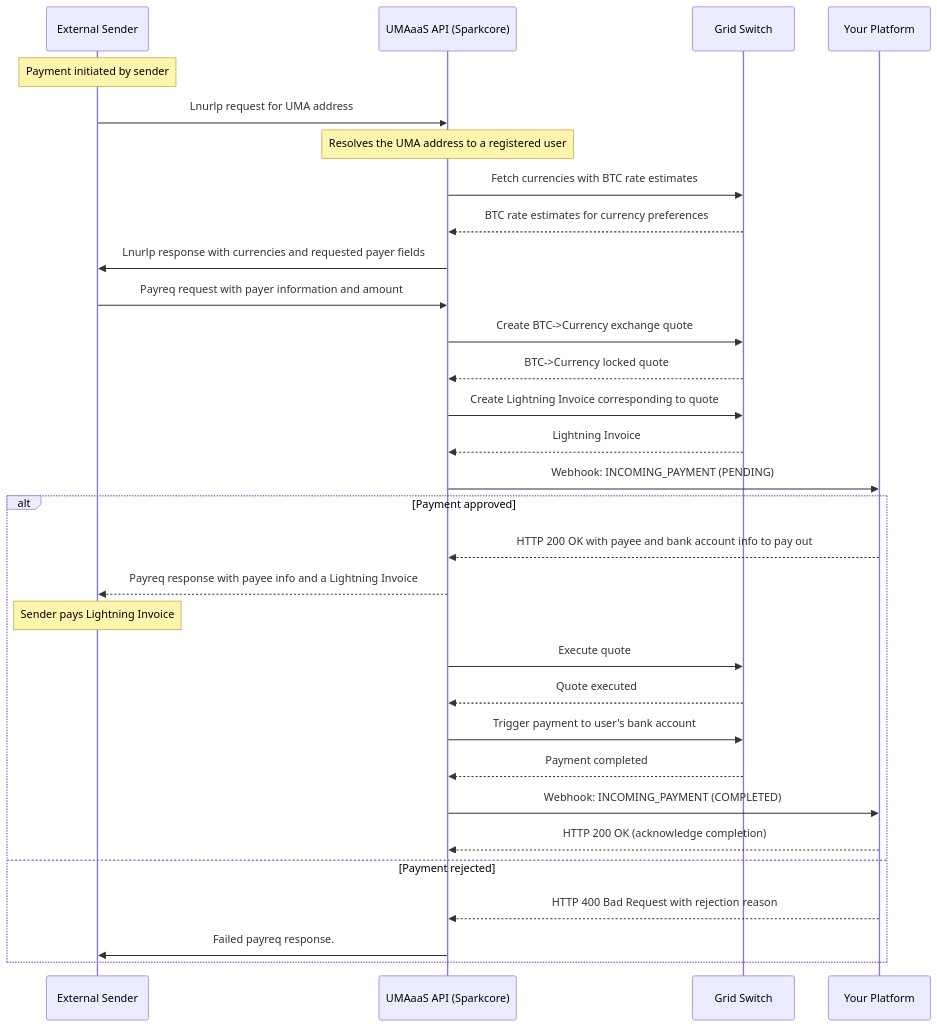
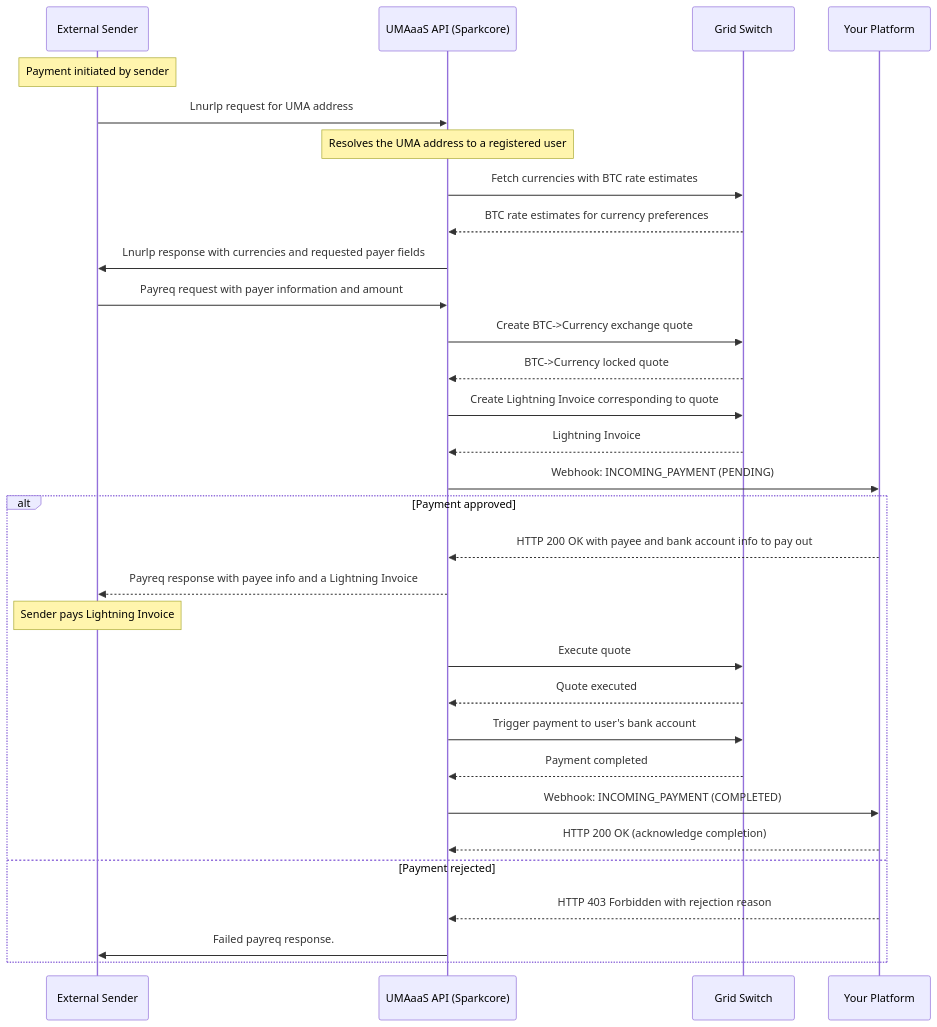
One commit to lightsparkdev/umaaas-api changed the first of 2 diagrams in docusaurus-docs/src/pages/detailed-flows.md. Above: the diagram before and after it, drawn with Mermaid. The commit also changed 2 other files, not shown here.

Commit message:
Fix guides 403 for rejecting incoming payments (#175)

````diff
--- a/docusaurus-docs/src/pages/detailed-flows.md
+++ b/docusaurus-docs/src/pages/detailed-flows.md
@@ -7,35 +7,35 @@
 ```mermaid
 sequenceDiagram
     participant Sender as External Sender
     participant UMAaaS as UMAaaS API (Sparkcore)
     participant GridSwitch as Grid Switch
     participant Client as Your Platform
     
     Note over Sender: Payment initiated by sender
     Sender->>UMAaaS: Lnurlp request for UMA address
     Note over UMAaaS: Resolves the UMA address to a registered user
     UMAaaS->>GridSwitch: Fetch currencies with BTC rate estimates
     GridSwitch-->>UMAaaS: BTC rate estimates for currency preferences
     UMAaaS->>Sender: Lnurlp response with currencies and requested payer fields
     Sender->>UMAaaS: Payreq request with payer information and amount
     UMAaaS->>GridSwitch: Create BTC->Currency exchange quote
     GridSwitch-->>UMAaaS: BTC->Currency locked quote
     UMAaaS->>GridSwitch: Create Lightning Invoice corresponding to quote
     GridSwitch-->>UMAaaS: Lightning Invoice
     UMAaaS->>Client: Webhook: INCOMING_PAYMENT (PENDING)
     
     alt Payment approved
         Client-->>UMAaaS: HTTP 200 OK with payee and bank account info to pay out
         UMAaaS-->>Sender: Payreq response with payee info and a Lightning Invoice
         Note over Sender: Sender pays Lightning Invoice
         UMAaaS->>GridSwitch: Execute quote
         GridSwitch-->>UMAaaS: Quote executed
         UMAaaS->>GridSwitch: Trigger payment to user's bank account
         GridSwitch-->>UMAaaS: Payment completed
         UMAaaS->>Client: Webhook: INCOMING_PAYMENT (COMPLETED)
         Client-->>UMAaaS: HTTP 200 OK (acknowledge completion)
     else Payment rejected
-        Client-->>UMAaaS: HTTP 400 Bad Request with rejection reason
+        Client-->>UMAaaS: HTTP 403 Forbidden with rejection reason
         UMAaaS->>Sender: Failed payreq response.
     end
 ```
````
